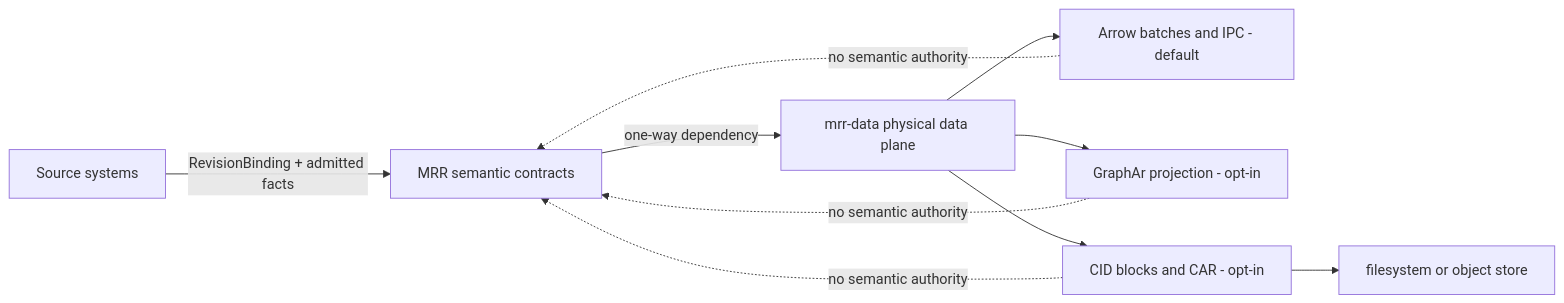
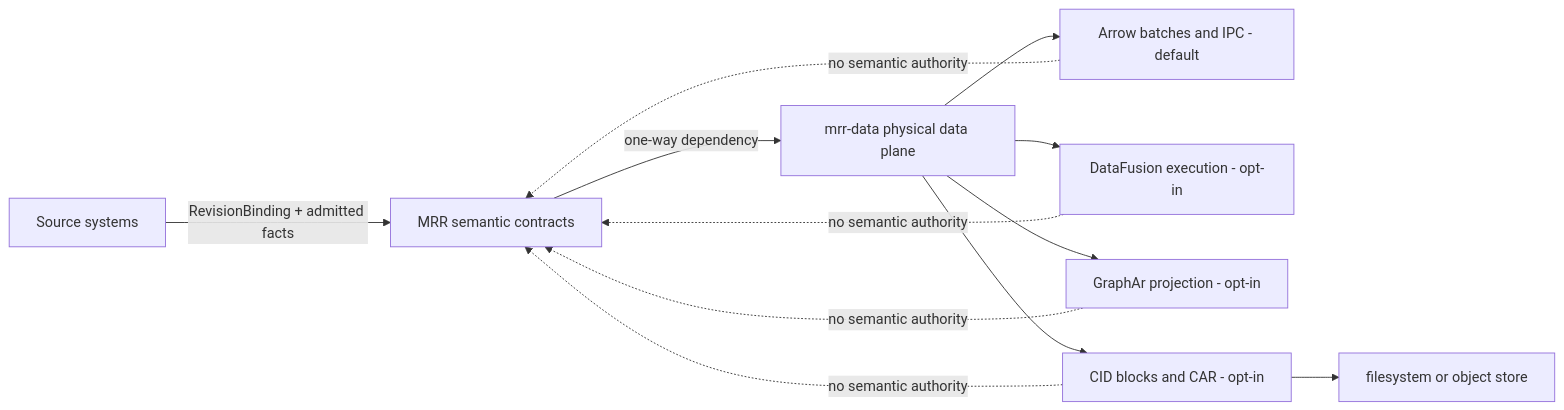
One commit to tao3k/mrr-data changed the diagram in docs/architecture/0001-mrr-data-plane.org. Above: the diagram before and after it, drawn with Mermaid. The commit also changed other lines of this file and 13 other files, not shown here.

Commit message:
feat(query): add DataFusion execution slice

```diff
--- a/docs/architecture/0001-mrr-data-plane.org
+++ b/docs/architecture/0001-mrr-data-plane.org
@@ -22,20 +22,23 @@
 #+begin_src mermaid
 flowchart LR
   S[Source systems]
   M[MRR semantic contracts]
   D[mrr-data physical data plane]
   A[Arrow batches and IPC - default]
+  F[DataFusion execution - opt-in]
   G[GraphAr projection - opt-in]
   C[CID blocks and CAR - opt-in]
   O[filesystem or object store]
 
   S -->|RevisionBinding + admitted facts| M
   M -->|one-way dependency| D
   D --> A
+  D --> F
   D --> G
   D --> C
   C --> O
   A -. no semantic authority .-> M
+  F -. no semantic authority .-> M
   G -. no semantic authority .-> M
   C -. no semantic authority .-> M
 #+end_src
```
